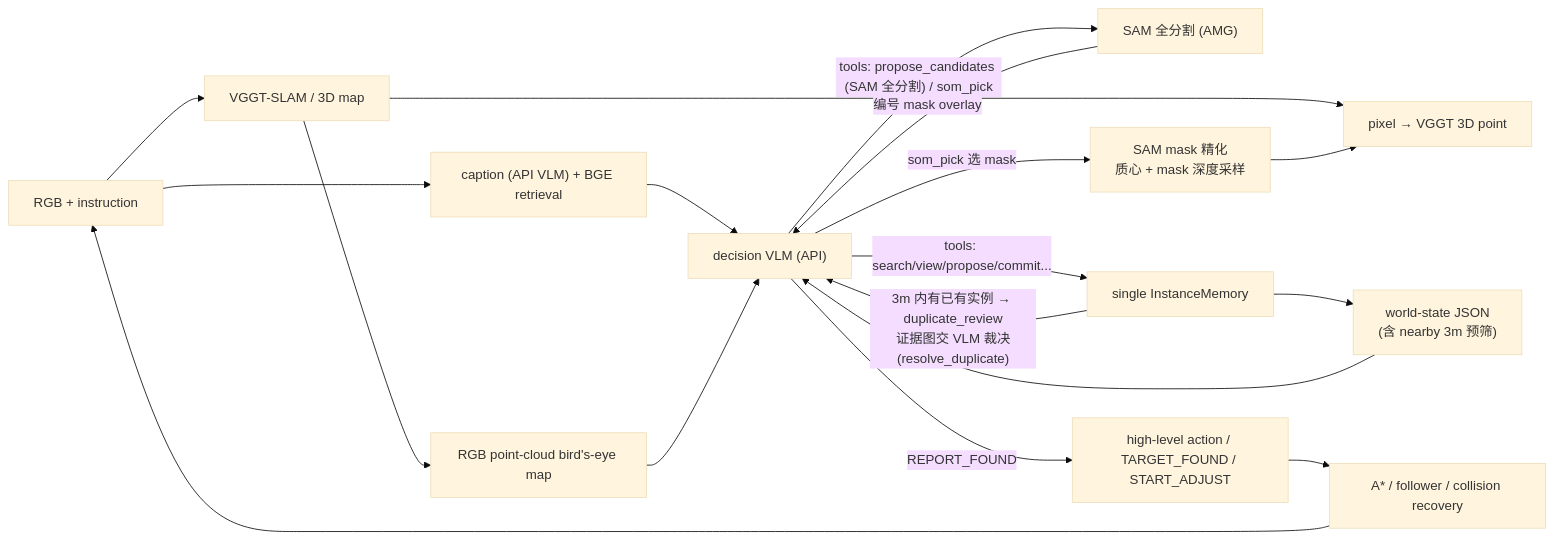
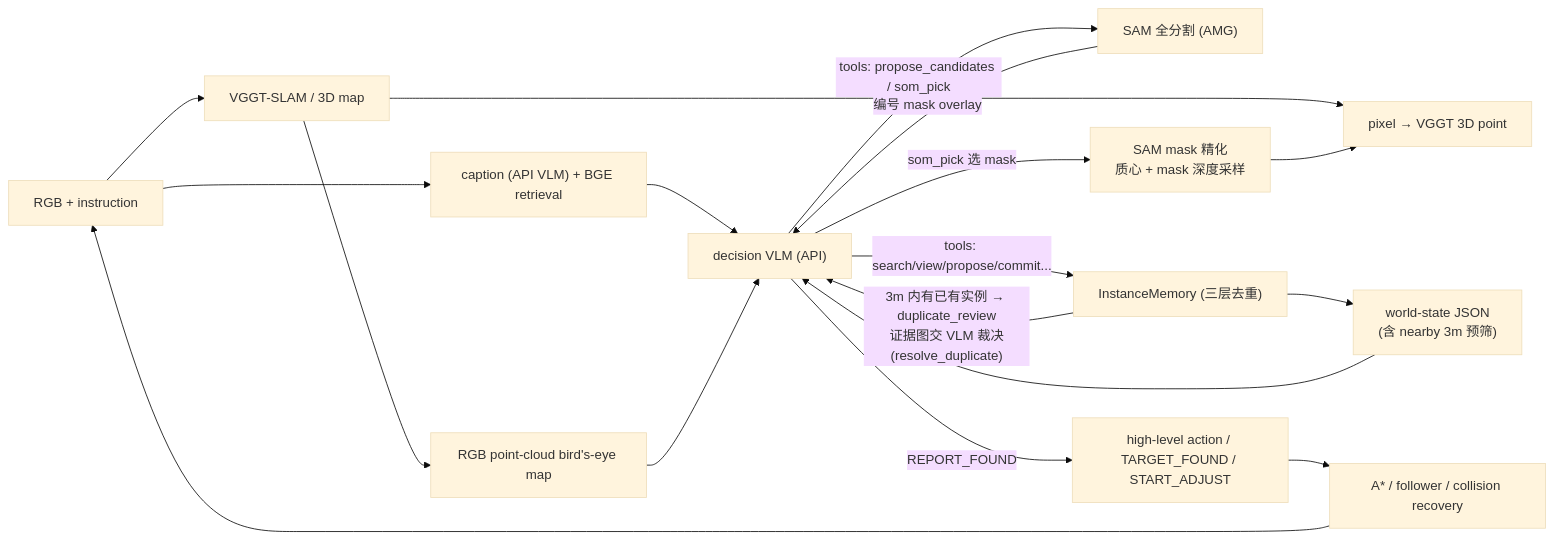
The diagram in AGENT_ARCHITECTURE.md (WeberFU23/VGGTNavAgent), drawn with Mermaid (base theme) before and after one commit. The commit also changed other lines of this file and 7 other files, not shown here.

````diff
--- a/AGENT_ARCHITECTURE.md
+++ b/AGENT_ARCHITECTURE.md
@@ -16,20 +110,20 @@
 ```mermaid
 flowchart LR
     RGB["RGB + instruction"] --> MAP["VGGT-SLAM / 3D map"]
     RGB --> CAP["caption (API VLM) + BGE retrieval"]
     MAP --> P3D["pixel → VGGT 3D point"]
     SOM["SAM 全分割 (AMG)"] -- "编号 mask overlay" --> VLM
     VLM -- "som_pick 选 mask" --> SOMR["SAM mask 精化<br/>质心 + mask 深度采样"]
     SOMR --> P3D
     CAP --> VLM["decision VLM (API)"]
     MAP --> TOP["RGB point-cloud bird's-eye map"]
-    MEM["single InstanceMemory"] --> STATE["world-state JSON<br/>(含 nearby 3m 预筛)"]
+    MEM["InstanceMemory (三层去重)"] --> STATE["world-state JSON<br/>(含 nearby 3m 预筛)"]
     STATE --> VLM
     TOP --> VLM
     VLM -- "tools: search/view/propose/commit..." --> MEM
-    VLM -- "tools: propose_candidates (SAM 全分割) / som_pick" --> SOM
+    VLM -- "tools: propose_candidates / som_pick" --> SOM
     VLM -- "REPORT_FOUND" --> HIGH["high-level action / TARGET_FOUND / START_ADJUST"]
     MEM -- "3m 内有已有实例 → duplicate_review<br/>证据图交 VLM 裁决(resolve_duplicate)" --> VLM
     HIGH --> EXEC["A* / follower / collision recovery"]
     EXEC --> RGB
 ```
````
